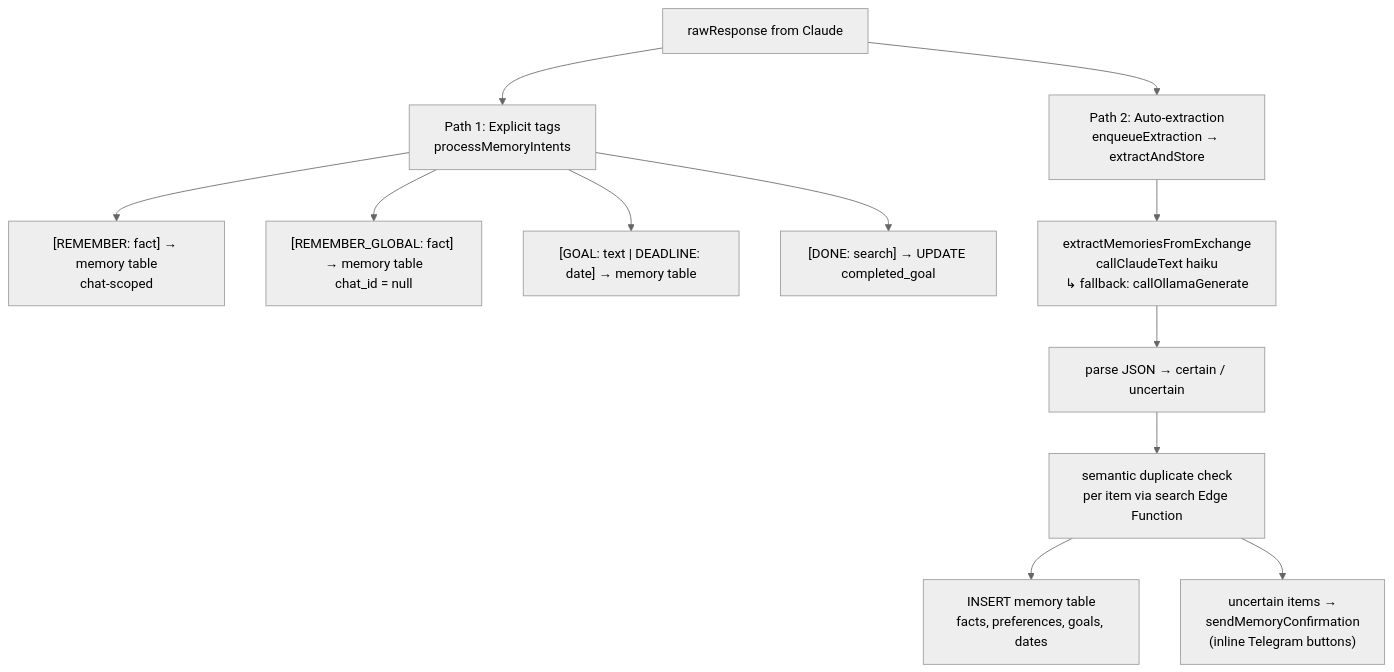
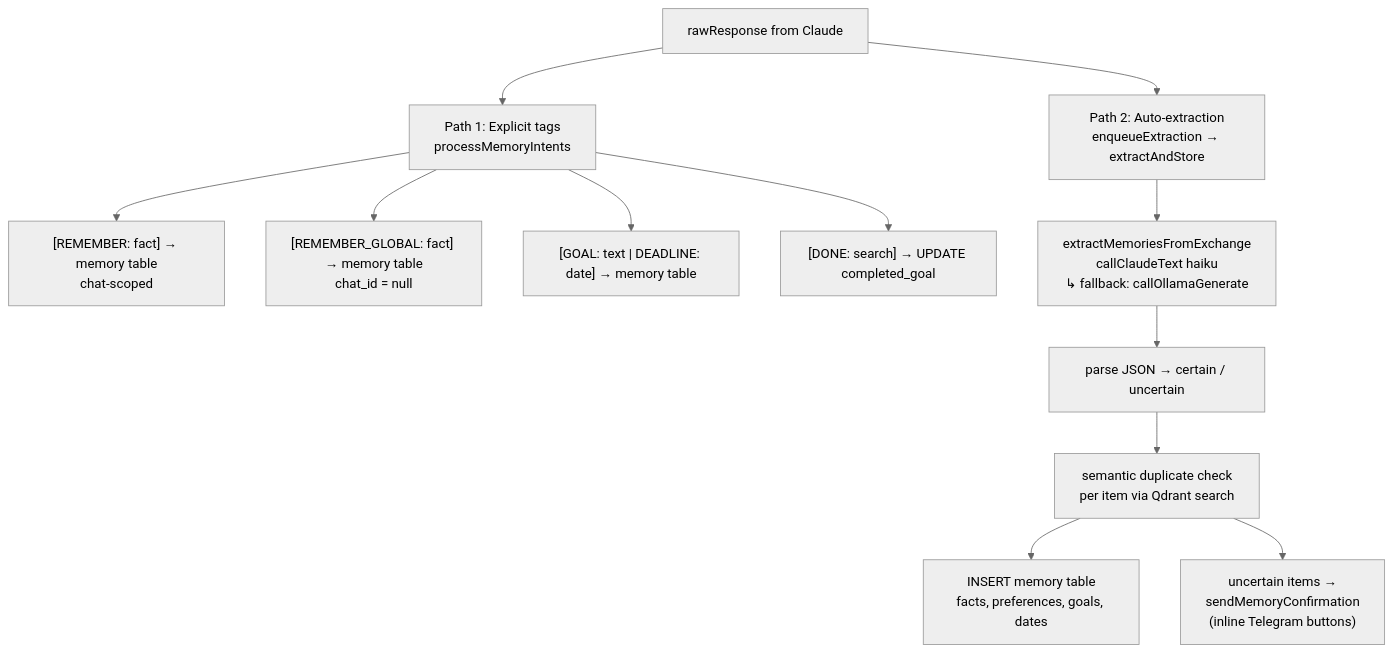
One commit to furi-wigt/claude-telegram-relay changed the seventh of 9 diagrams in docs/prompt_builder.md. Above: the diagram before and after it, drawn with Mermaid (neutral theme). The commit also changed other lines of this file and 15 other files, not shown here.

````diff
--- a/docs/prompt_builder.md
+++ b/docs/prompt_builder.md
@@ -168,16 +168,16 @@
 ```mermaid
 flowchart TD
     RESP[rawResponse from Claude] --> PATH1["Path 1: Explicit tags\nprocessMemoryIntents"]
     RESP --> PATH2["Path 2: Auto-extraction\nenqueueExtraction → extractAndStore"]
 
     PATH1 --> T1["[REMEMBER: fact] → memory table\nchat-scoped"]
     PATH1 --> T2["[REMEMBER_GLOBAL: fact] → memory table\nchat_id = null"]
     PATH1 --> T3["[GOAL: text | DEADLINE: date] → memory table"]
     PATH1 --> T4["[DONE: search] → UPDATE completed_goal"]
 
     PATH2 --> LLM["extractMemoriesFromExchange\ncallClaudeText haiku\n↳ fallback: callOllamaGenerate"]
     LLM --> PARSE["parse JSON → certain / uncertain"]
-    PARSE --> DEDUP["semantic duplicate check\nper item via search Edge Function"]
+    PARSE --> DEDUP["semantic duplicate check\nper item via Qdrant search"]
     DEDUP --> INSERT["INSERT memory table\nfacts, preferences, goals, dates"]
     DEDUP --> CONFIRM["uncertain items →\nsendMemoryConfirmation\n(inline Telegram buttons)"]
 ```
````
